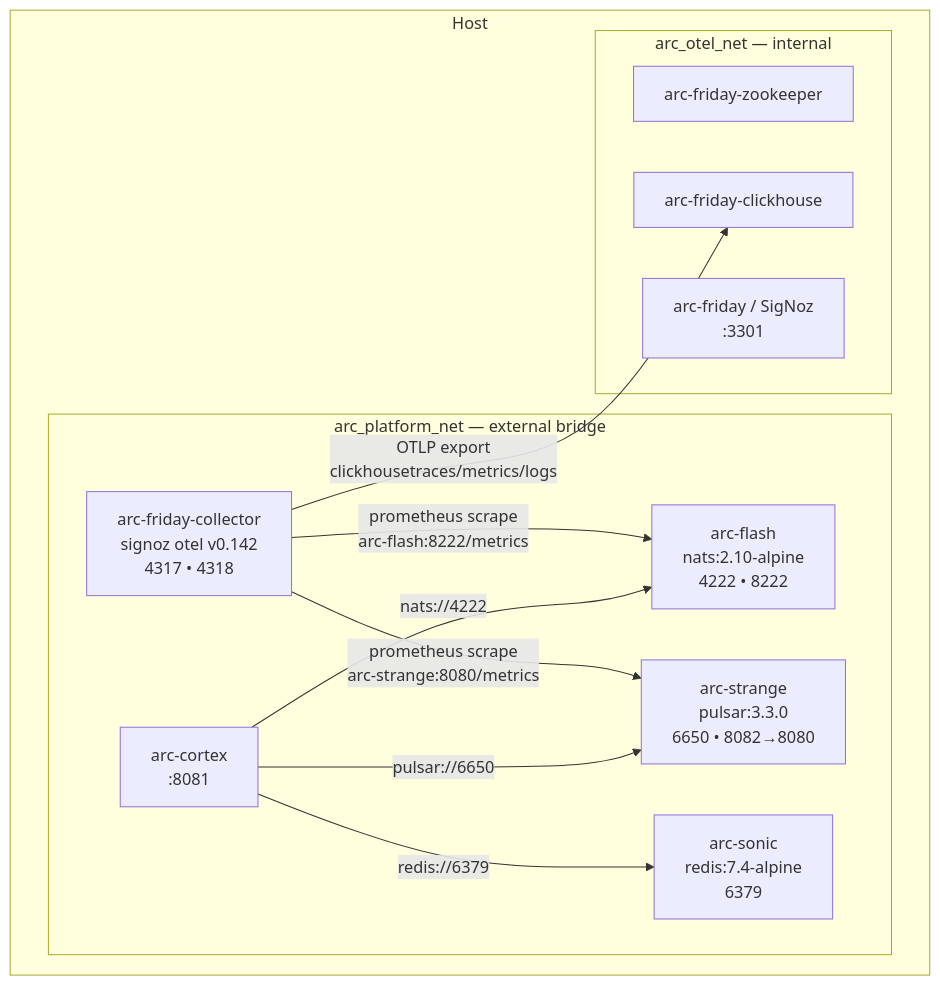
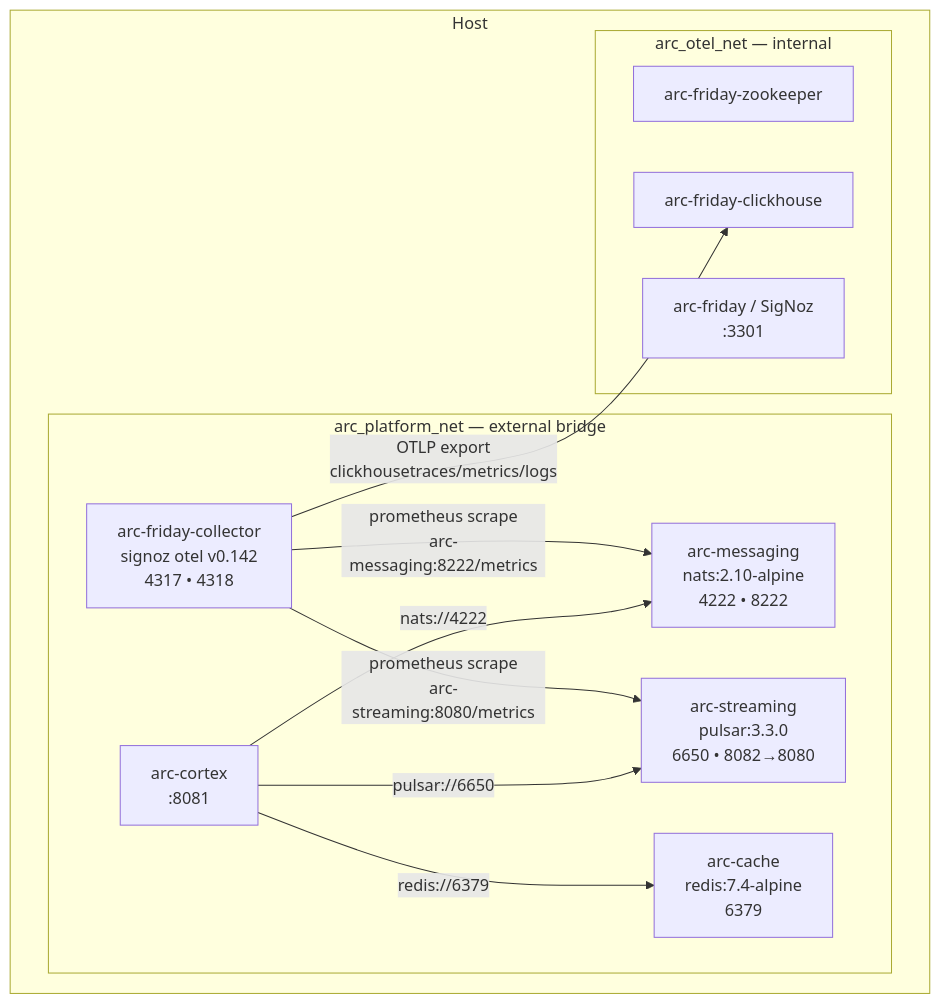
One commit to arc-framework/arc-platform changed the first of 4 diagrams in specs/003-messaging-setup/plan.md. Above: the diagram before and after it, drawn with Mermaid. The commit also changed other lines of this file and 34 other files, not shown here.

````diff
--- a/specs/003-messaging-setup/plan.md
+++ b/specs/003-messaging-setup/plan.md
@@ -39,24 +39,24 @@
 ```mermaid
 graph TB
     subgraph Host
         subgraph arc_platform_net [arc_platform_net — external bridge]
-            flash["arc-flash\nnats:2.10-alpine\n4222 • 8222"]
-            strange["arc-strange\npulsar:3.3.0\n6650 • 8082→8080"]
-            sonic["arc-sonic\nredis:7.4-alpine\n6379"]
+            flash["arc-messaging\nnats:2.10-alpine\n4222 • 8222"]
+            strange["arc-streaming\npulsar:3.3.0\n6650 • 8082→8080"]
+            sonic["arc-cache\nredis:7.4-alpine\n6379"]
             collector["arc-friday-collector\nsignoz otel v0.142\n4317 • 4318"]
             cortex["arc-cortex\n:8081"]
         end
         subgraph arc_otel_net [arc_otel_net — internal]
             zk["arc-friday-zookeeper"]
             ch["arc-friday-clickhouse"]
             friday["arc-friday / SigNoz\n:3301"]
         end
     end
 
-    collector -- "prometheus scrape\narc-flash:8222/metrics" --> flash
-    collector -- "prometheus scrape\narc-strange:8080/metrics" --> strange
+    collector -- "prometheus scrape\narc-messaging:8222/metrics" --> flash
+    collector -- "prometheus scrape\narc-streaming:8080/metrics" --> strange
     collector -- "OTLP export\nclickhousetraces/metrics/logs" --> ch
     cortex -- "nats://4222" --> flash
     cortex -- "pulsar://6650" --> strange
     cortex -- "redis://6379" --> sonic
 ```
````
